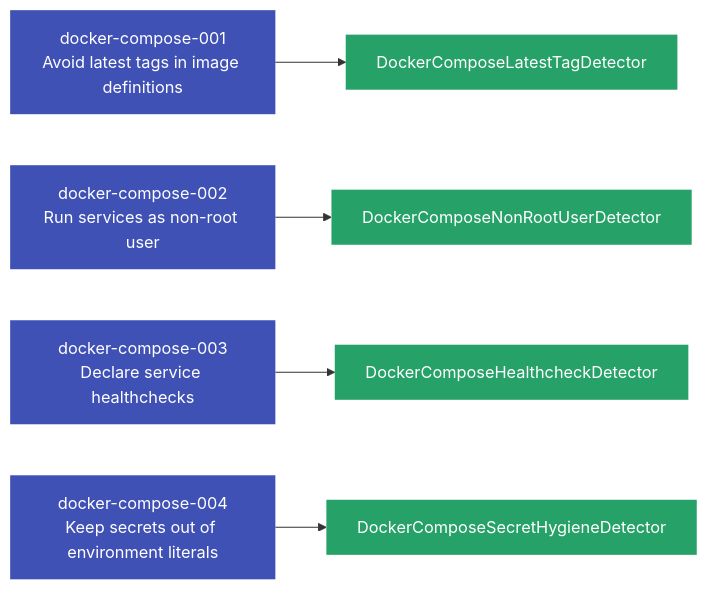
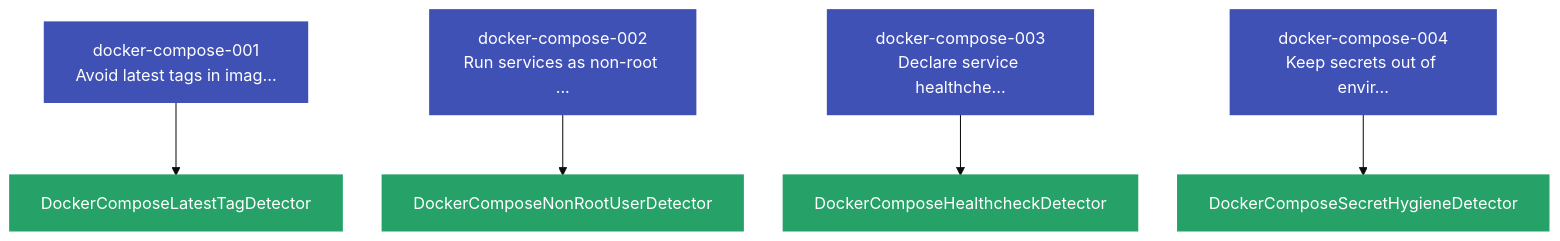
Before and after one commit to Anselmoo/mcp-zen-of-languages: the first of 4 diagrams in docs/user-guide/languages/docker-compose.md, drawn with Mermaid. The commit also changed other lines of this file and 20 other files, not shown here.

Commit message:
fix: improve Mermaid visualization - contrast, text overflow, new diagrams

````diff
--- a/docs/user-guide/languages/docker-compose.md
+++ b/docs/user-guide/languages/docker-compose.md
@@ -111,25 +111,26 @@
     ```mermaid
-    graph LR
-    docker_compose_001["docker-compose-001<br/>Avoid latest tags in image definitions"]
-    docker_compose_002["docker-compose-002<br/>Run services as non-root user"]
-    docker_compose_003["docker-compose-003<br/>Declare service healthchecks"]
-    docker_compose_004["docker-compose-004<br/>Keep secrets out of environment literals"]
+%%{init: {"theme": "base", "flowchart": {"useMaxWidth": false, "htmlLabels": true, "nodeSpacing": 40, "rankSpacing": 60}}}%%
+    graph TD
+    docker_compose_001["docker-compose-001<br/>Avoid latest tags in imag..."]
+    docker_compose_002["docker-compose-002<br/>Run services as non-root ..."]
+    docker_compose_003["docker-compose-003<br/>Declare service healthche..."]
+    docker_compose_004["docker-compose-004<br/>Keep secrets out of envir..."]
     det_DockerComposeHealthcheckDetector["DockerComposeHealthcheckDetector"]
     docker_compose_003 --> det_DockerComposeHealthcheckDetector
     det_DockerComposeLatestTagDetector["DockerComposeLatestTagDetector"]
     docker_compose_001 --> det_DockerComposeLatestTagDetector
     det_DockerComposeNonRootUserDetector["DockerComposeNonRootUserDetector"]
     docker_compose_002 --> det_DockerComposeNonRootUserDetector
     det_DockerComposeSecretHygieneDetector["DockerComposeSecretHygieneDetector"]
     docker_compose_004 --> det_DockerComposeSecretHygieneDetector
-    classDef principle fill:#4051b5,color:#fff,stroke:none
-    classDef detector fill:#26a269,color:#fff,stroke:none
+    classDef principle fill:#4051b5,color:#ffffff,stroke:#4051b5,stroke-width:2px
+    classDef detector fill:#26a269,color:#ffffff,stroke:#26a269,stroke-width:2px
     class docker_compose_001 principle
     class docker_compose_002 principle
     class docker_compose_003 principle
     class docker_compose_004 principle
     class det_DockerComposeHealthcheckDetector detector
     class det_DockerComposeLatestTagDetector detector
     class det_DockerComposeNonRootUserDetector detector
     class det_DockerComposeSecretHygieneDetector detector
     ```
````
